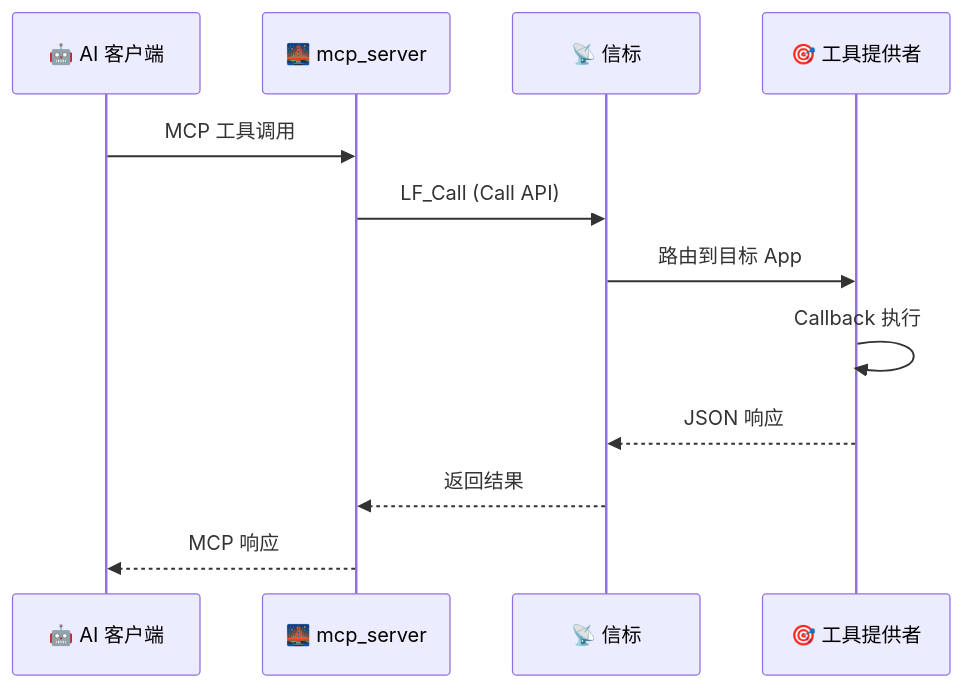
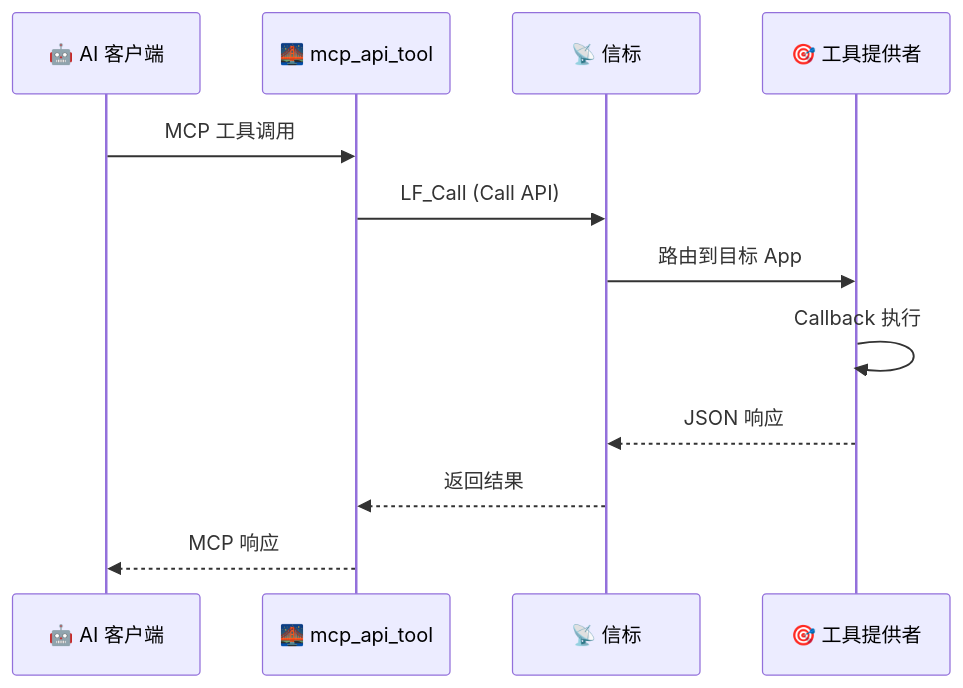
Before and after one commit to PassByYou888/LingoFuse-pasAgent: diagram 30 of 38 in code_generate_mcp.md, drawn with Mermaid. The commit also changed other lines of this file and 33 other files, not shown here.

````diff
--- a/code_generate_mcp.md
+++ b/code_generate_mcp.md
@@ -637,15 +681,15 @@
 ```mermaid
 sequenceDiagram
     participant AI as 🤖 AI 客户端
-    participant MCP as 🌉 mcp_server
+    participant MCP as 🌉 mcp_api_tool
     participant Beacon as 📡 信标
     participant EXE as 🎯 工具提供者
 
     AI->>MCP: MCP 工具调用
     MCP->>Beacon: LF_Call (Call API)
     Beacon->>EXE: 路由到目标 App
     EXE->>EXE: Callback 执行
     EXE-->>Beacon: JSON 响应
     Beacon-->>MCP: 返回结果
     MCP-->>AI: MCP 响应
 ```
````
